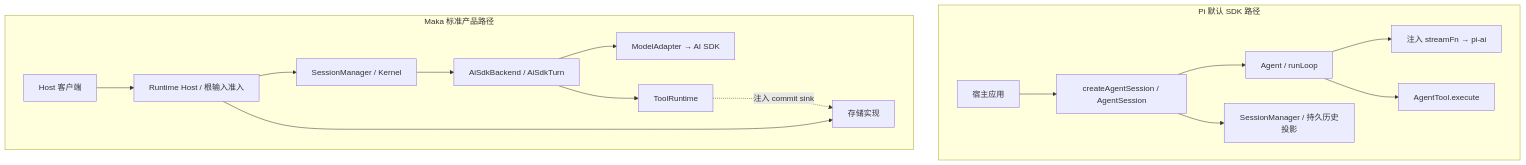
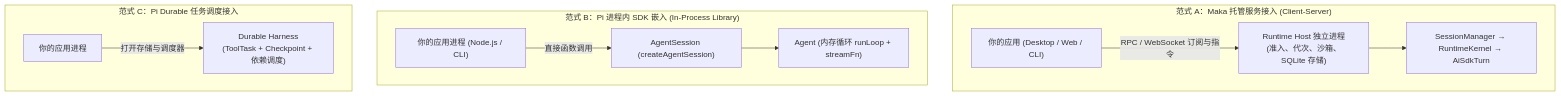
One commit to suger-m/agent-infrastructure-docs changed the diagram in maka-agent-infra/07-comparison/pi-and-maka.md. Above: the diagram before and after it, drawn with Mermaid. The commit also changed other lines of this file and 26 other files, not shown here.

Commit message:
docs: rewrite maka-agent-infra tutorials in concept-first style

````diff
--- a/maka-agent-infra/07-comparison/pi-and-maka.md
+++ b/maka-agent-infra/07-comparison/pi-and-maka.md
@@ -35,19 +13,16 @@
 ```mermaid
 flowchart TB
-    subgraph P["Pi 默认 SDK 路径"]
-        PA["宿主应用"] --> PS["createAgentSession / AgentSession"]
-        PS --> PG["Agent / runLoop"]
-        PG --> PM["注入 streamFn → pi-ai"]
-        PG --> PT["AgentTool.execute"]
-        PS --> PH["SessionManager / 持久历史投影"]
+    subgraph MakaArch["范式 A：Maka 托管服务接入 (Client-Server)"]
+        AppM["你的应用 (Desktop / Web / CLI)"] -->|RPC / WebSocket 订阅与指令| Host["Runtime Host 独立进程<br/>(准入、代次、沙箱、SQLite 存储)"]
+        Host --> KernelM["SessionManager → RuntimeKernel → AiSdkTurn"]
     end
-    subgraph M["Maka 标准产品路径"]
-        MA["Host 客户端"] --> MH["Runtime Host / 根输入准入"]
-        MH --> MK["SessionManager / Kernel"]
-        MK --> MT["AiSdkBackend / AiSdkTurn"]
-        MT --> MM["ModelAdapter → AI SDK"]
-        MT --> MX["ToolRuntime"]
-        MH --> MS["存储实现"]
-        MX -. "注入 commit sink" .-> MS
+
+    subgraph PiArch["范式 B：Pi 进程内 SDK 嵌入 (In-Process Library)"]
+        AppP["你的应用进程 (Node.js / CLI)"] -->|直接函数调用| SessionP["AgentSession (createAgentSession)"]
+        SessionP --> AgentP["Agent (内存循环 runLoop + streamFn)"]
+    end
+
+    subgraph PiDurArch["范式 C：Pi Durable 任务调度接入"]
+        AppD["你的应用进程"] -->|打开存储与调度器| Harness["Durable Harness<br/>(ToolTask + Checkpoint + 依赖调度)"]
     end
 ```
````
